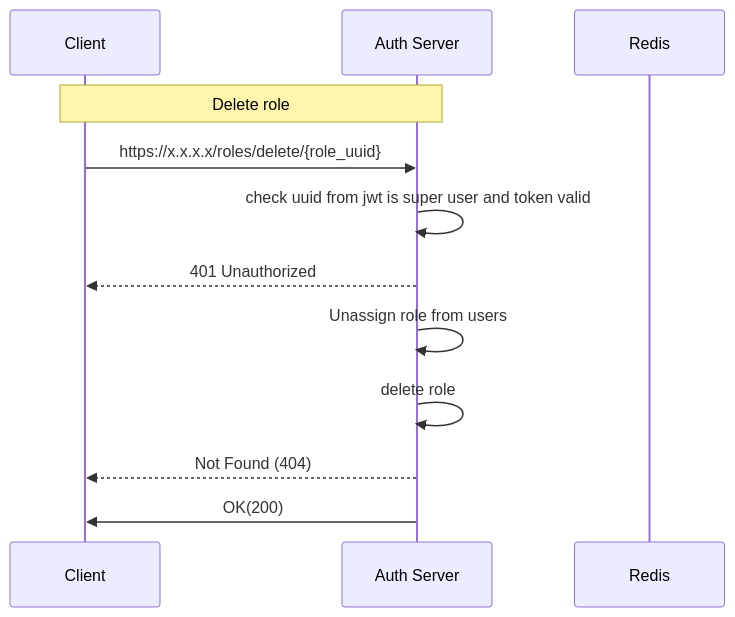
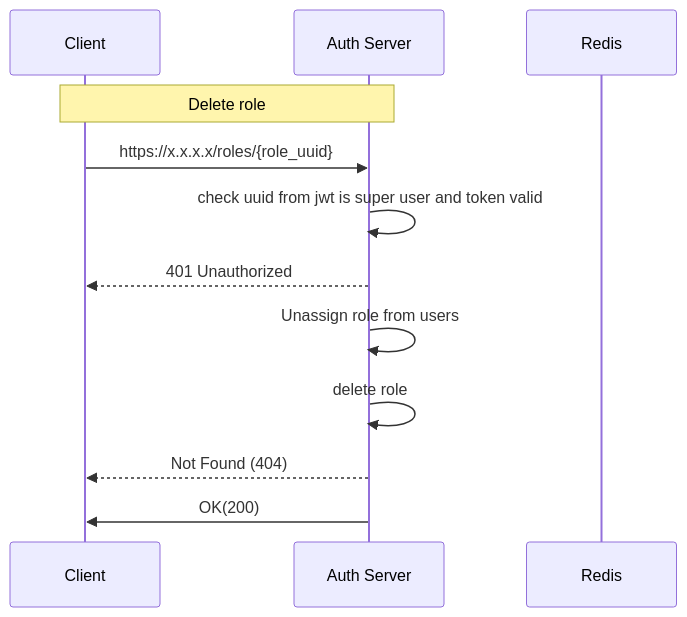
The diagram in Docs/2_roles/2_delete_role.md (veselij/Auth_sprint_6_team_5), drawn with Mermaid before and after one commit. The commit also changed other lines of this file and 11 other files, not shown here.

````diff
--- a/Docs/2_roles/2_delete_role.md
+++ b/Docs/2_roles/2_delete_role.md
@@ -1,16 +1,16 @@
 ```mermaid
 sequenceDiagram
     participant C as Client  
     participant S as Auth Server
     participant R as Redis
 
 	Note over C, S: Delete role
-	C->>S: https://x.x.x.x/roles/delete/{role_uuid}
+	C->>S: https://x.x.x.x/roles/{role_uuid}
 	S->>S: check uuid from jwt is super user and token valid
 	S-->>C: 401 Unauthorized
 	S->>S: Unassign role from users
 	S->>S: delete role
 	S-->>C: Not Found (404)
 	S->>C: OK(200)
 
 ```
````
